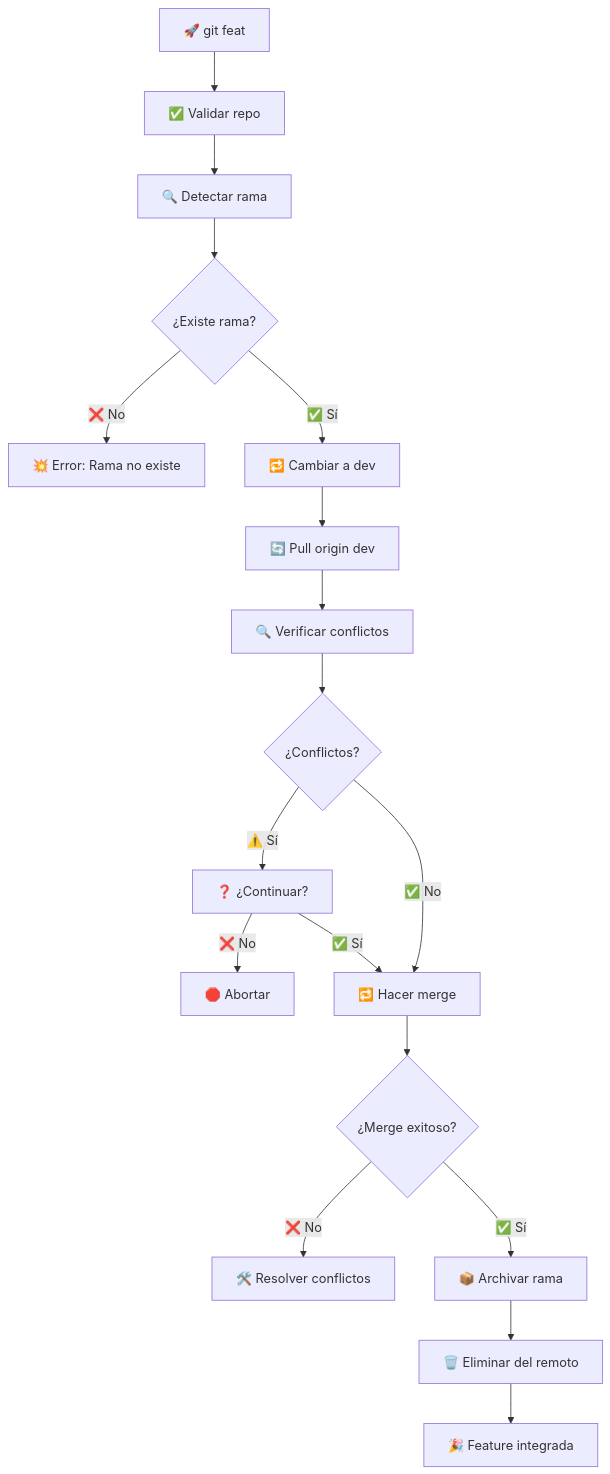
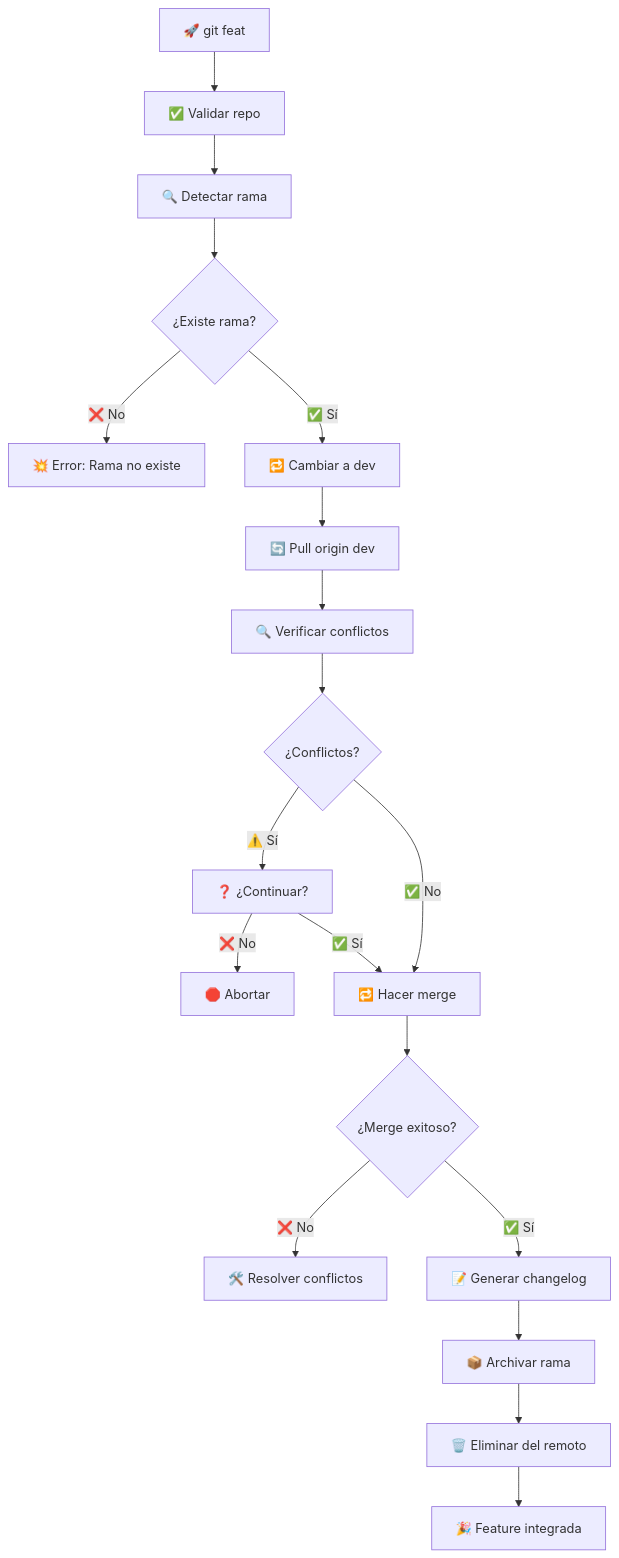
The diagram in scripts/git_feat.md (jesuserro/dotfiles), drawn with Mermaid before and after one commit. The commit also changed other lines of this file and 1 other file, not shown here.

Commit message:
feat(git): git feat genera ahora changelog de la rama a integrar en dev

````diff
--- a/scripts/git_feat.md
+++ b/scripts/git_feat.md
@@ -99,20 +109,21 @@
 ```mermaid
 graph TD
     A[🚀 git feat <nombre>] --> B[✅ Validar repo]
     B --> C[🔍 Detectar rama]
     C --> D{¿Existe rama?}
     D -->|❌ No| E[💥 Error: Rama no existe]
     D -->|✅ Sí| F[🔁 Cambiar a dev]
     F --> G[🔄 Pull origin dev]
     G --> H[🔍 Verificar conflictos]
     H --> I{¿Conflictos?}
     I -->|⚠️ Sí| J[❓ ¿Continuar?]
     J -->|❌ No| K[🛑 Abortar]
     J -->|✅ Sí| L[🔁 Hacer merge]
     I -->|✅ No| L
     L --> M{¿Merge exitoso?}
     M -->|❌ No| N[🛠️ Resolver conflictos]
-    M -->|✅ Sí| O[📦 Archivar rama]
-    O --> P[🗑️ Eliminar del remoto]
-    P --> Q[🎉 Feature integrada]
+    M -->|✅ Sí| O[📝 Generar changelog]
+    O --> P[📦 Archivar rama]
+    P --> Q[🗑️ Eliminar del remoto]
+    Q --> R[🎉 Feature integrada]
 ```
````
